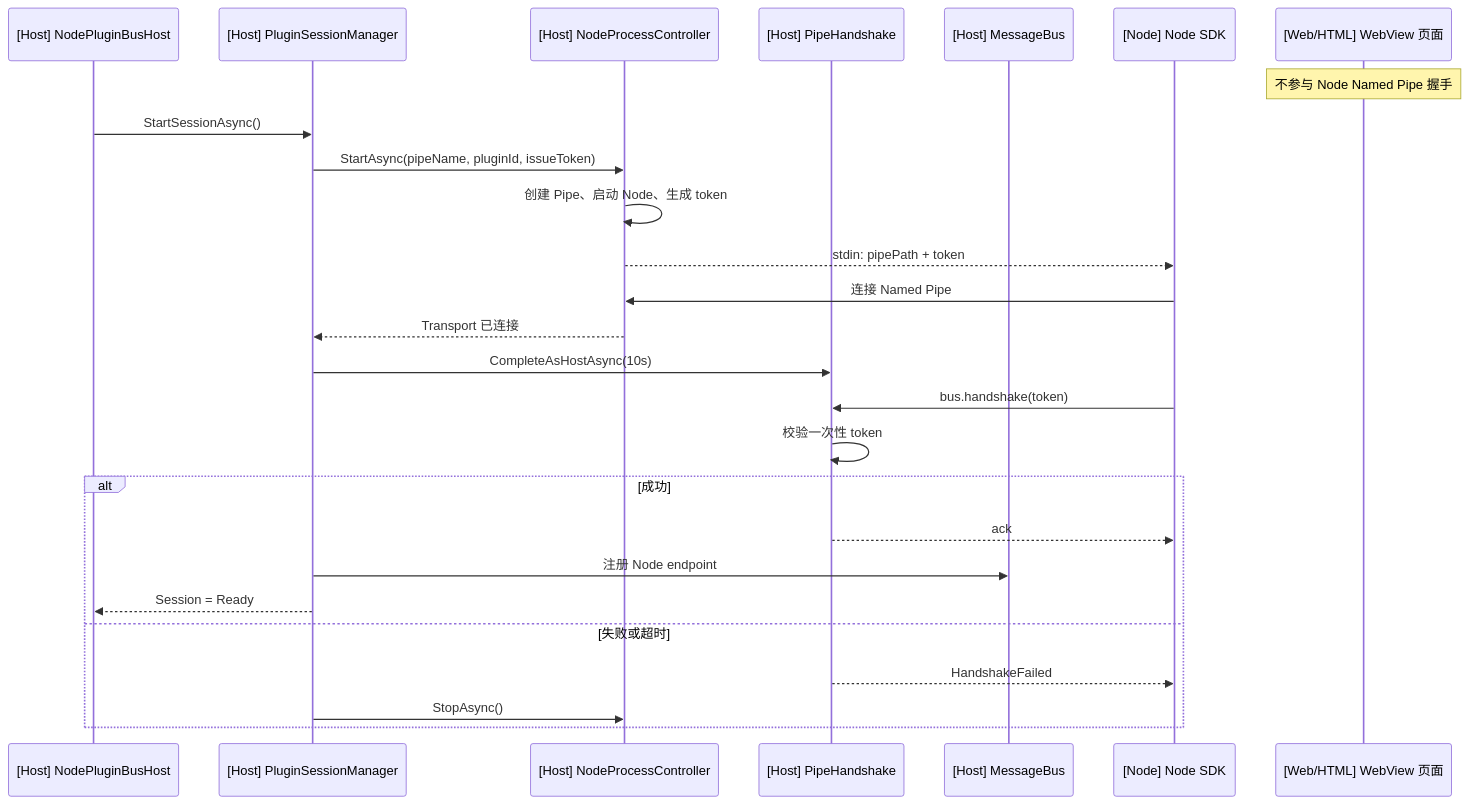
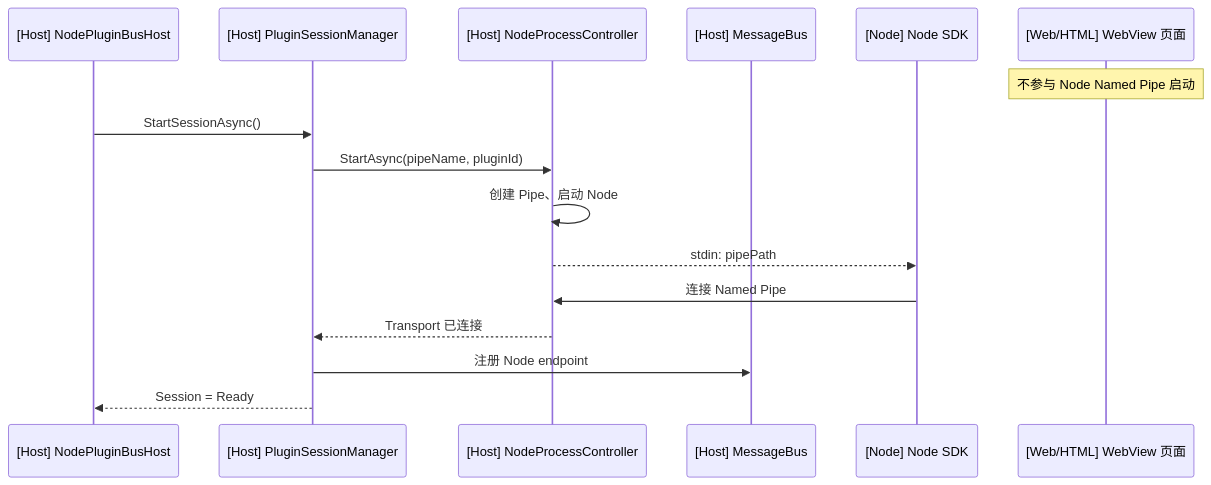
One commit to qpingcode/MyTools changed the first of 3 diagrams in docs/node-plugin-lifecycle.md. Above: the diagram before and after it, drawn with Mermaid. The commit also changed other lines of this file and 33 other files, not shown here.

````diff
--- a/docs/node-plugin-lifecycle.md
+++ b/docs/node-plugin-lifecycle.md
@@ -20,30 +20,20 @@
 ```mermaid
 sequenceDiagram
     participant BH as [Host] NodePluginBusHost
     participant SM as [Host] PluginSessionManager
     participant PC as [Host] NodeProcessController
-    participant HS as [Host] PipeHandshake
     participant MB as [Host] MessageBus
     participant SDK as [Node] Node SDK
     participant WEB as [Web/HTML] WebView 页面
 
-    Note over WEB: 不参与 Node Named Pipe 握手
+    Note over WEB: 不参与 Node Named Pipe 启动
 
     BH->>SM: StartSessionAsync()
-    SM->>PC: StartAsync(pipeName, pluginId, issueToken)
-    PC->>PC: 创建 Pipe、启动 Node、生成 token
-    PC-->>SDK: stdin: pipePath + token
+    SM->>PC: StartAsync(pipeName, pluginId)
+    PC->>PC: 创建 Pipe、启动 Node
+    PC-->>SDK: stdin: pipePath
     SDK->>PC: 连接 Named Pipe
     PC-->>SM: Transport 已连接
-    SM->>HS: CompleteAsHostAsync(10s)
-    SDK->>HS: bus.handshake(token)
-    HS->>HS: 校验一次性 token
-    alt 成功
-        HS-->>SDK: ack
-        SM->>MB: 注册 Node endpoint
-        SM-->>BH: Session = Ready
-    else 失败或超时
-        HS-->>SDK: HandshakeFailed
-        SM->>PC: StopAsync()
-    end
+    SM->>MB: 注册 Node endpoint
+    SM-->>BH: Session = Ready
 ```
````
